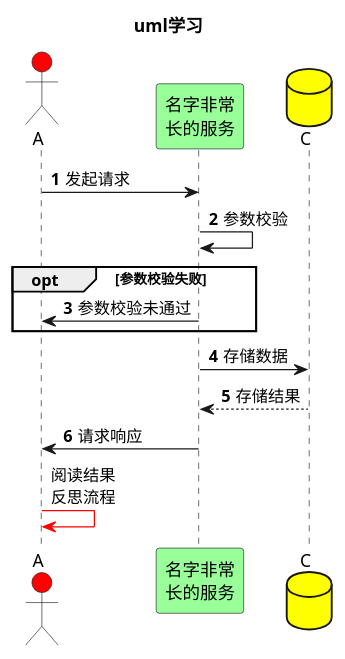
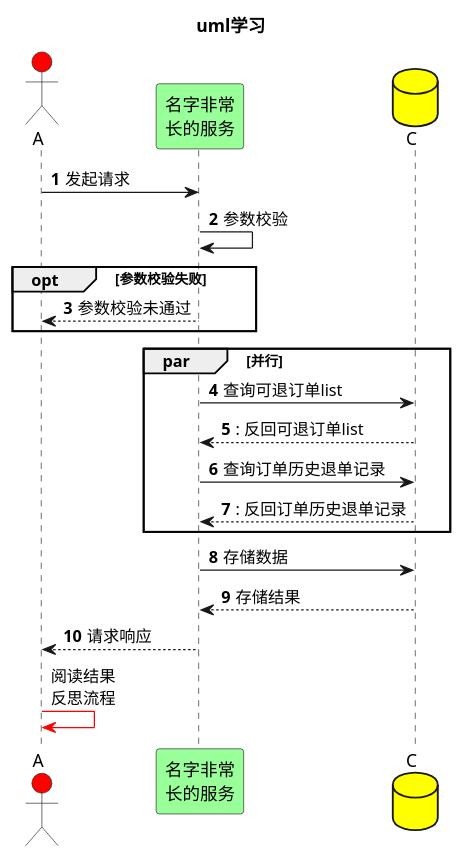
One commit to dictionaryshi/wxjj changed the diagram in diagram/Demo.puml. Above: the diagram before and after it, drawn with PlantUML.

Commit message:
Demo.puml

```diff
--- a/diagram/Demo.puml
+++ b/diagram/Demo.puml
@@ -1,29 +1,37 @@
 @startuml
 'uml学习'
 
 title uml学习
 
 actor A #red
 participant B as "名字非常\n长的服务" #99FF99
 database C #yellow
 
 autonumber 1
 
 A -> B: 发起请求
 
 B -> B: 参数校验
 
 opt 参数校验失败
-B -> A: 参数校验未通过
+B --> A: 参数校验未通过
+end
+
+par 并行
+B -> C: 查询可退订单list
+return: 反回可退订单list
+
+B -> C: 查询订单历史退单记录
+return: 反回订单历史退单记录
 end
 
 B -> C: 存储数据
 return 存储结果
 
-B -> A: 请求响应
+B --> A: 请求响应
 
 autonumber stop
 
 A -[#red]> A: 阅读结果\n反思流程
 
 @enduml
```
